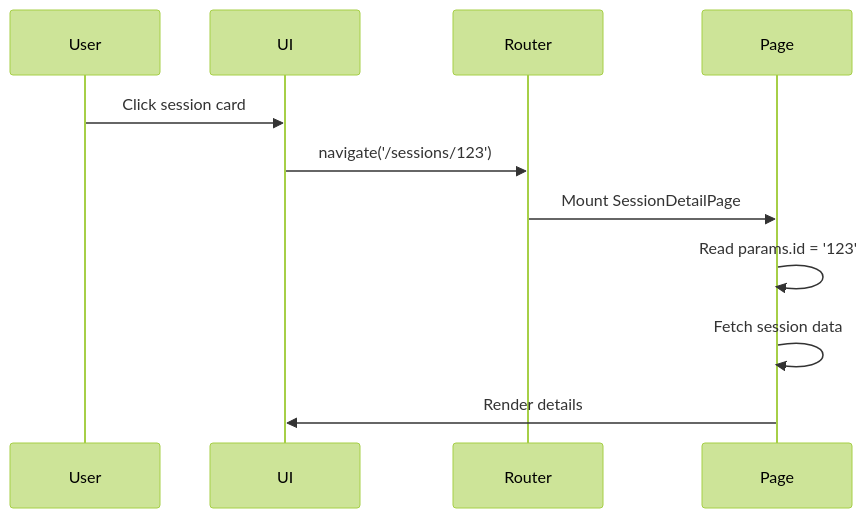
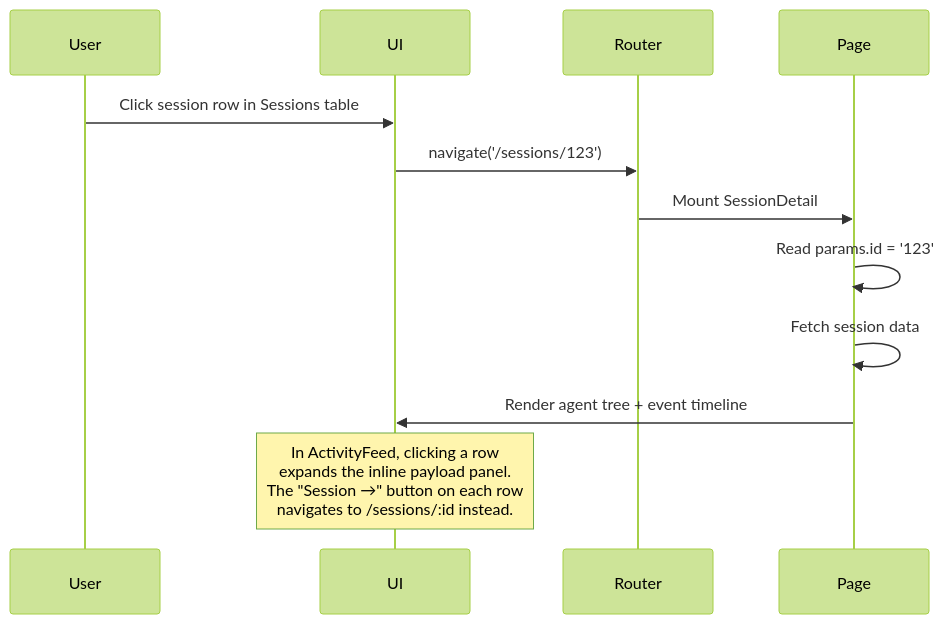
The ninth of 19 diagrams in client/README.md (fadighattas100/Claude-Code-Agent-Monitor), drawn with Mermaid (forest theme) before and after one commit. The commit also changed other lines of this file and 11 other files, not shown here.

First line of the commit message:
feat(ui): rework activity feed row UX + update all docs

````diff
--- a/client/README.md
+++ b/client/README.md
@@ -456,14 +468,16 @@
 ```mermaid
 sequenceDiagram
     participant User
     participant UI
     participant Router
     participant Page
-    
-    User->>UI: Click session card
+
+    User->>UI: Click session row in Sessions table
     UI->>Router: navigate('/sessions/123')
-    Router->>Page: Mount SessionDetailPage
+    Router->>Page: Mount SessionDetail
     Page->>Page: Read params.id = '123'
     Page->>Page: Fetch session data
-    Page->>UI: Render details
+    Page->>UI: Render agent tree + event timeline
+
+    Note over UI: In ActivityFeed, clicking a row<br/>expands the inline payload panel.<br/>The "Session →" button on each row<br/>navigates to /sessions/:id instead.
 ```
````
